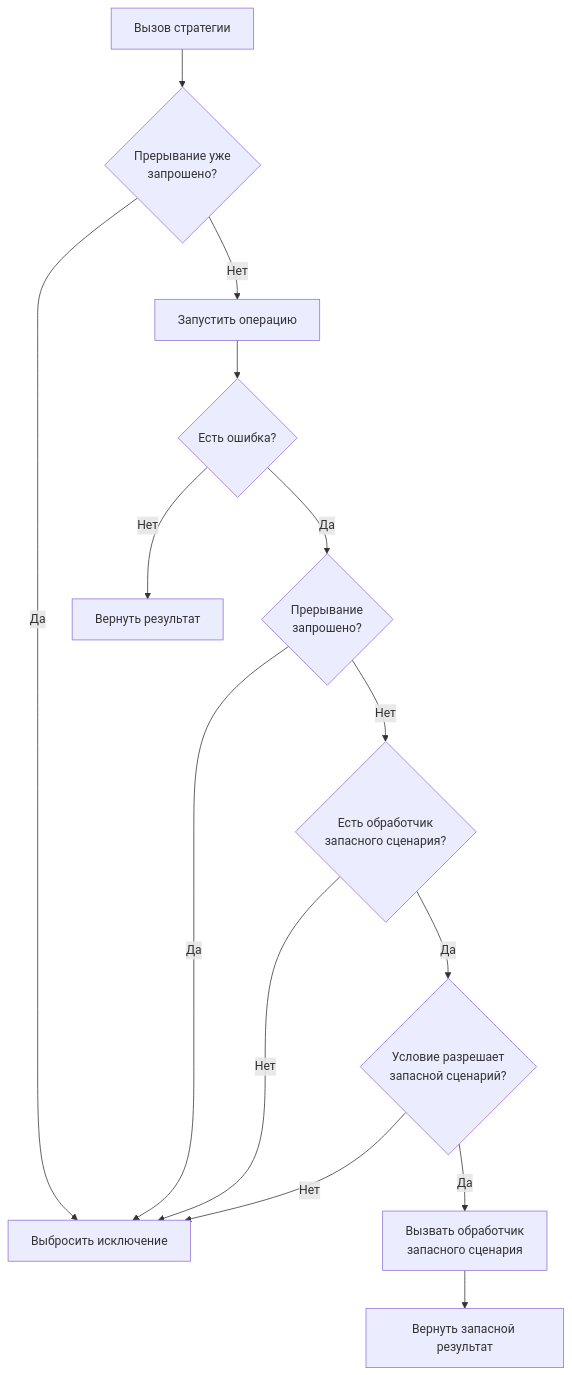
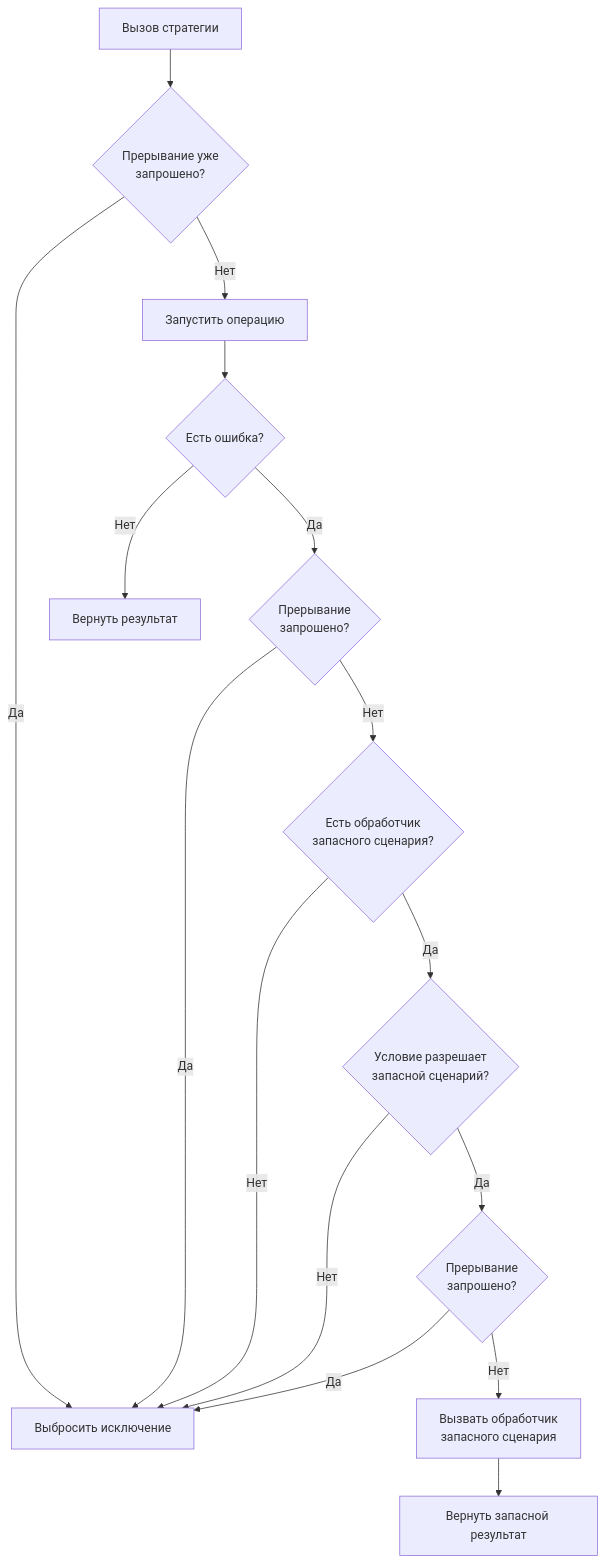
One commit to Stivo182/oscript-resilience changed the diagram in docs/СтратегияЗапасногоСценария.md. Above: the diagram before and after it, drawn with Mermaid. The commit also changed other lines of this file and 27 other files, not shown here.

````diff
--- a/docs/СтратегияЗапасногоСценария.md
+++ b/docs/СтратегияЗапасногоСценария.md
@@ -29,16 +29,18 @@
 ```mermaid
 flowchart TD
     A[Вызов стратегии] --> B{Прерывание уже<br/>запрошено?}
     B -- Да --> C[Выбросить исключение]
     B -- Нет --> D[Запустить операцию]
     D --> E{Есть ошибка?}
     E -- Нет --> F[Вернуть результат]
     E -- Да --> G{Прерывание<br/>запрошено?}
     G -- Да --> C
     G -- Нет --> H{Есть обработчик<br/>запасного сценария?}
     H -- Нет --> C
     H -- Да --> I{Условие разрешает<br/>запасной сценарий?}
     I -- Нет --> C
-    I -- Да --> J[Вызвать обработчик<br/>запасного сценария]
-    J --> K[Вернуть запасной результат]
+    I -- Да --> J{Прерывание<br/>запрошено?}
+    J -- Да --> C
+    J -- Нет --> K[Вызвать обработчик<br/>запасного сценария]
+    K --> L[Вернуть запасной результат]
 ```
````
